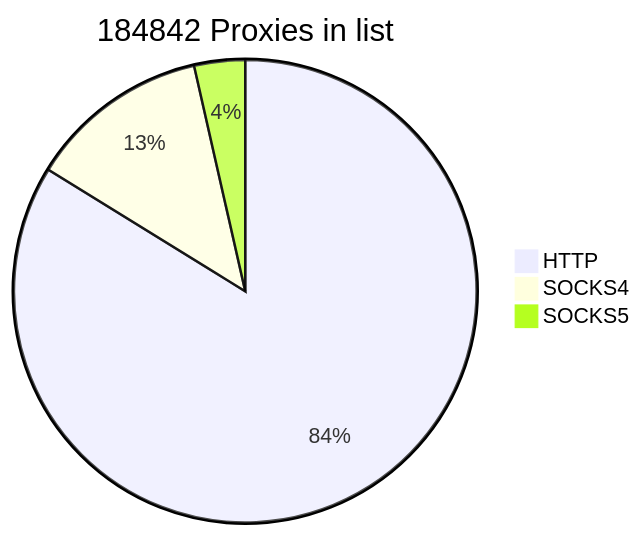
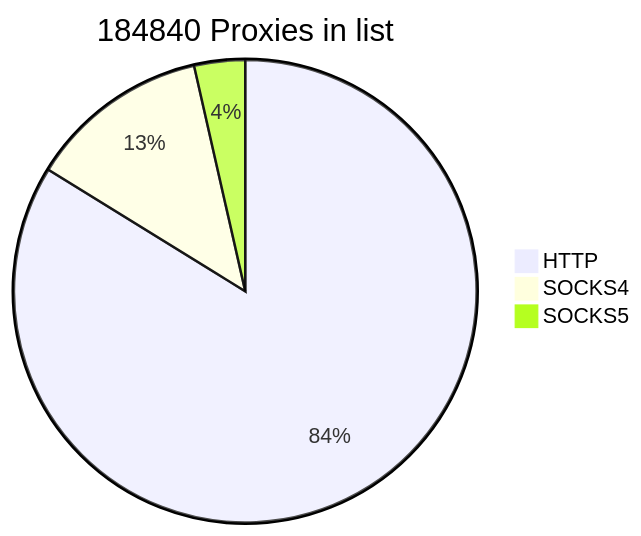
Before and after one commit to cutipu/proxylist: the first of 2 diagrams in README.md, drawn with Mermaid. The commit also changed other lines of this file, not shown here.

````diff
--- a/README.md
+++ b/README.md
@@ -2,7 +2,7 @@
 ```mermaid
-pie title 184842 Proxies in list
+pie title 184840 Proxies in list
     "HTTP" : 154905
-    "SOCKS4" : 23369
+    "SOCKS4" : 23367
     "SOCKS5" : 6568
             
 ```
````
